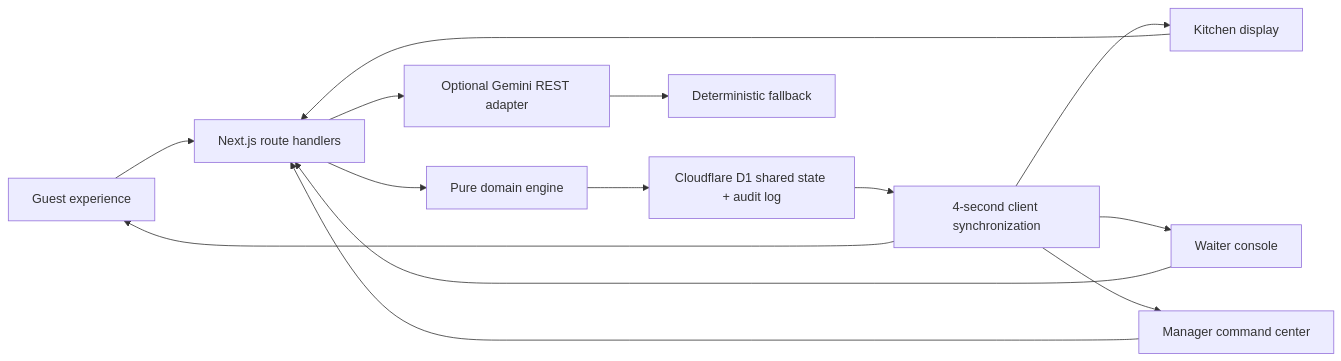
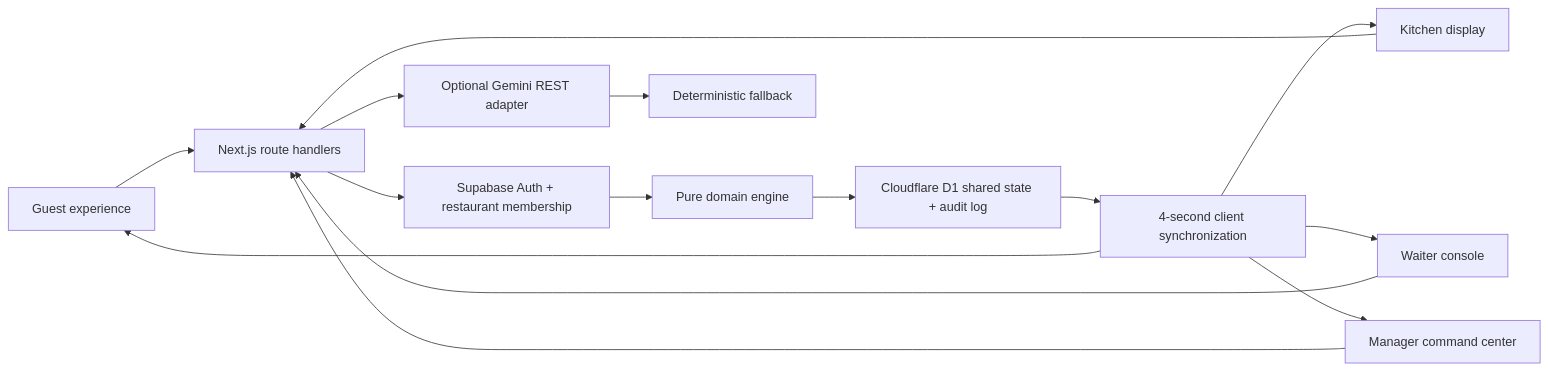
Before and after one commit to abhinav-codes123/Vibeathon: the diagram in README.md, drawn with Mermaid. The commit also changed other lines of this file and 36 other files, not shown here.

````diff
--- a/README.md
+++ b/README.md
@@ -33,16 +33,17 @@
 ```mermaid
 flowchart LR
   G["Guest experience"] --> API["Next.js route handlers"]
   K["Kitchen display"] --> API
   W["Waiter console"] --> API
   M["Manager command center"] --> API
-  API --> D["Pure domain engine"]
+  API --> A["Supabase Auth + restaurant membership"]
+  A --> D["Pure domain engine"]
   D --> DB["Cloudflare D1 shared state + audit log"]
   API --> AI["Optional Gemini REST adapter"]
   AI --> F["Deterministic fallback"]
   DB --> P["4-second client synchronization"]
   P --> G
   P --> K
   P --> W
   P --> M
 ```
````
